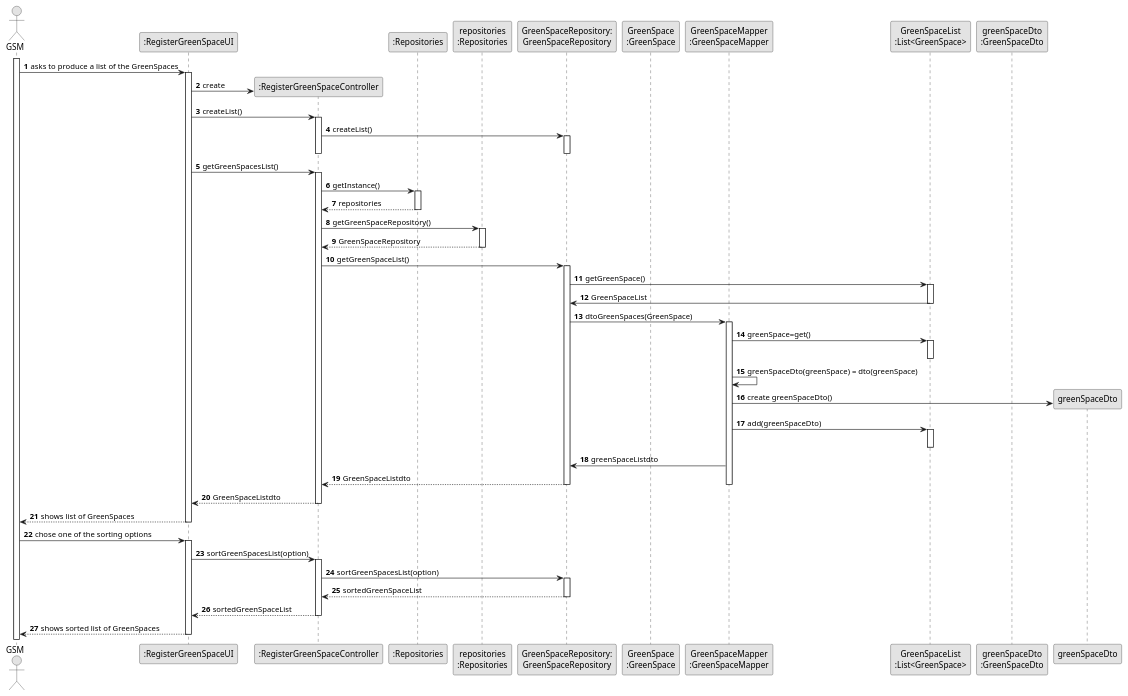
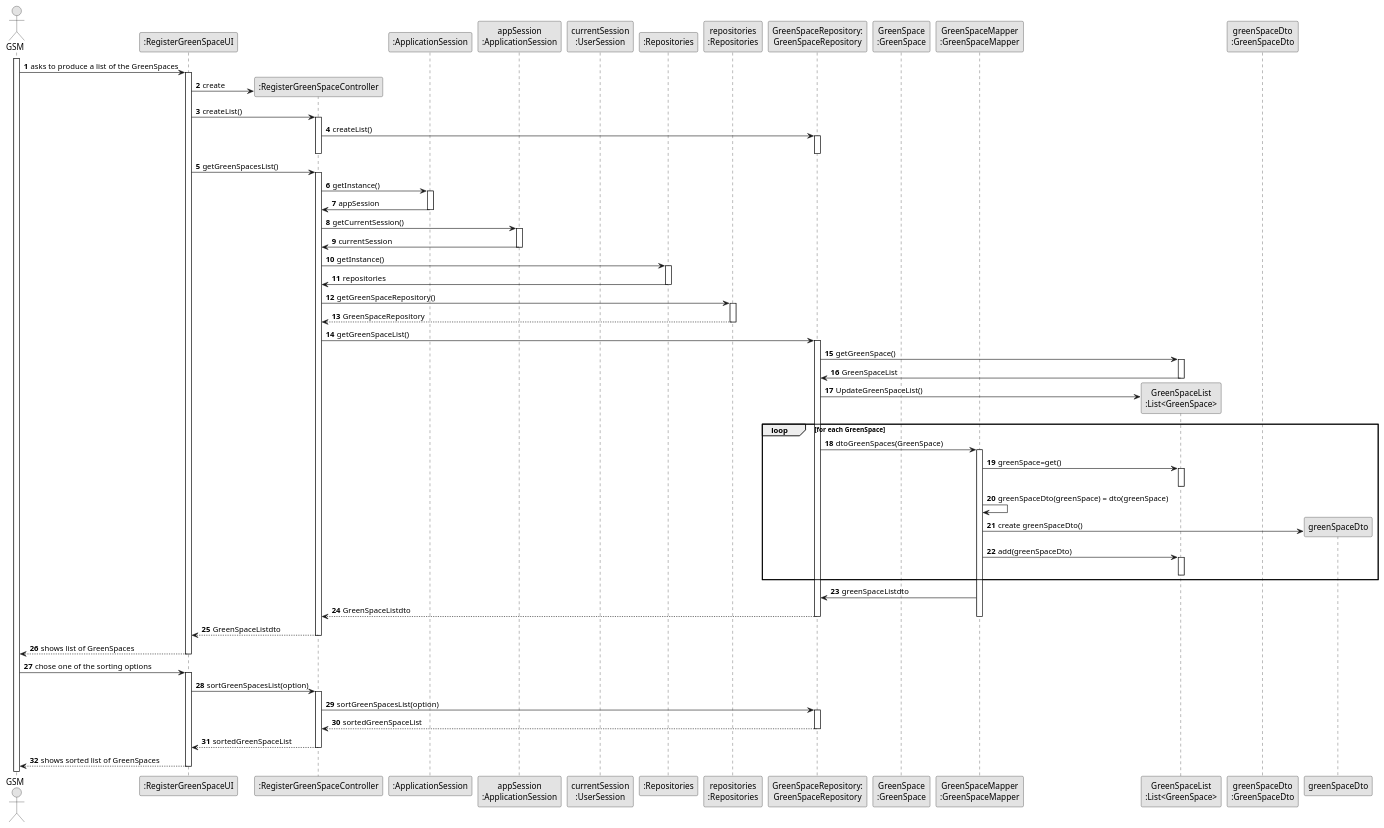
The diagram in docs/sprintC/us027/03.design/puml/us027-sequence-diagram-full.puml (Departamento-de-Engenharia-Informatica/lei-24-s2-1dm-g132), drawn with PlantUML before and after one commit. The commit also changed 3 other files, not shown here.

Commit message:
Changes in us20 and 27 class diagram

```diff
--- a/docs/sprintC/us027/03.design/puml/us027-sequence-diagram-full.puml
+++ b/docs/sprintC/us027/03.design/puml/us027-sequence-diagram-full.puml
@@ -1,105 +1,122 @@
 @startuml
 skinparam monochrome true
 skinparam packageStyle rectangle
 skinparam shadowing false
 
 autonumber
 
 'hide footbox
 actor "GSM" as GSM
 participant ":RegisterGreenSpaceUI" as UI
 participant ":RegisterGreenSpaceController" as CTRL
+participant ":ApplicationSession" as _APP
+participant "appSession\n:ApplicationSession" as APP
+participant "currentSession\n:UserSession" as SESSION
 participant ":Repositories" as RepositorySingleton
 participant "repositories\n:Repositories" as PLAT
 participant "GreenSpaceRepository:\nGreenSpaceRepository" as GreenSpaceRepository
 participant "GreenSpace\n:GreenSpace" as GreenSpace
 participant "GreenSpaceMapper\n:GreenSpaceMapper" as GreenSpaceMapper
 participant "GreenSpaceList\n:List<GreenSpace>" as GreenSpaceList
 participant "greenSpaceDto\n:GreenSpaceDto" as GreenSpaceDto
 
 
 activate GSM
 
 
     GSM -> UI : asks to produce a list of the GreenSpaces
     activate UI
 
     UI -> CTRL** : create
 
     UI -> CTRL : createList()
     activate CTRL
     CTRL -> GreenSpaceRepository : createList()
     activate GreenSpaceRepository
     deactivate GreenSpaceRepository
     deactivate CTRL
 
     UI -> CTRL : getGreenSpacesList()
     activate CTRL
+    CTRL -> _APP : getInstance()
+    activate _APP
+    _APP -> CTRL : appSession
+    deactivate _APP
+    CTRL -> APP : getCurrentSession()
+    activate APP
+    APP -> CTRL : currentSession
+    deactivate APP
     CTRL -> RepositorySingleton : getInstance()
     activate RepositorySingleton
-    RepositorySingleton --> CTRL : repositories
-    deactivate RepositorySingleton
+    RepositorySingleton -> CTRL : repositories
+       deactivate RepositorySingleton
+       CTRL -> PLAT : getGreenSpaceRepository()
+         activate PLAT
+            PLAT --> CTRL : GreenSpaceRepository
+            deactivate PLAT
+            CTRL -> GreenSpaceRepository : getGreenSpaceList()
 
-    CTRL -> PLAT : getGreenSpaceRepository()
-    activate PLAT
-    PLAT --> CTRL : GreenSpaceRepository
-    deactivate PLAT
 
-    CTRL -> GreenSpaceRepository : getGreenSpaceList()
     activate GreenSpaceRepository
         GreenSpaceRepository -> GreenSpaceList : getGreenSpace()
 
         activate GreenSpaceList
 
         GreenSpaceList -> GreenSpaceRepository : GreenSpaceList
 
         deactivate GreenSpaceList
+
+        GreenSpaceRepository -> GreenSpaceList** : UpdateGreenSpaceList()
+
+        loop for each GreenSpace
 
         GreenSpaceRepository -> GreenSpaceMapper : dtoGreenSpaces(GreenSpace)
 
         activate GreenSpaceMapper
 
         GreenSpaceMapper -> GreenSpaceList : greenSpace=get()
 
         activate GreenSpaceList
 
         deactivate GreenSpaceList
 
         GreenSpaceMapper -> GreenSpaceMapper : greenSpaceDto(greenSpace) = dto(greenSpace)
 
         GreenSpaceMapper -> greenSpaceDto** :create greenSpaceDto()
 
        GreenSpaceMapper-> GreenSpaceList : add(greenSpaceDto)
 
        activate GreenSpaceList
 
        deactivate GreenSpaceList
+
+       end
 
        GreenSpaceMapper -> GreenSpaceRepository : greenSpaceListdto
 
 
     GreenSpaceRepository --> CTRL : GreenSpaceListdto
 
     deactivate GreenSpaceRepository
     deactivate GreenSpaceMapper
     CTRL --> UI : GreenSpaceListdto
     deactivate CTRL
 
 
     UI --> GSM : shows list of GreenSpaces
     deactivate UI
     GSM -> UI : chose one of the sorting options
     activate UI
     UI -> CTRL : sortGreenSpacesList(option)
         activate CTRL
         CTRL -> GreenSpaceRepository : sortGreenSpacesList(option)
         activate GreenSpaceRepository
         GreenSpaceRepository --> CTRL : sortedGreenSpaceList
         deactivate GreenSpaceRepository
         CTRL --> UI : sortedGreenSpaceList
         deactivate CTRL
 
         UI --> GSM : shows sorted list of GreenSpaces
         deactivate UI
 
 @enduml
```
